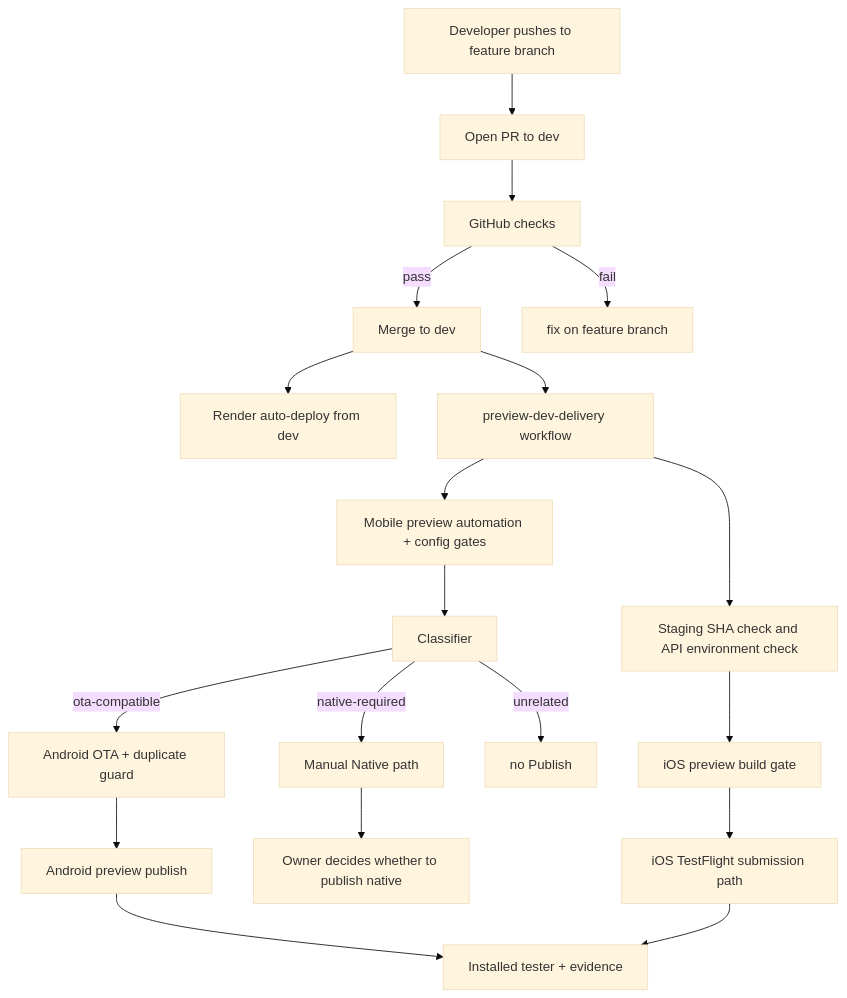
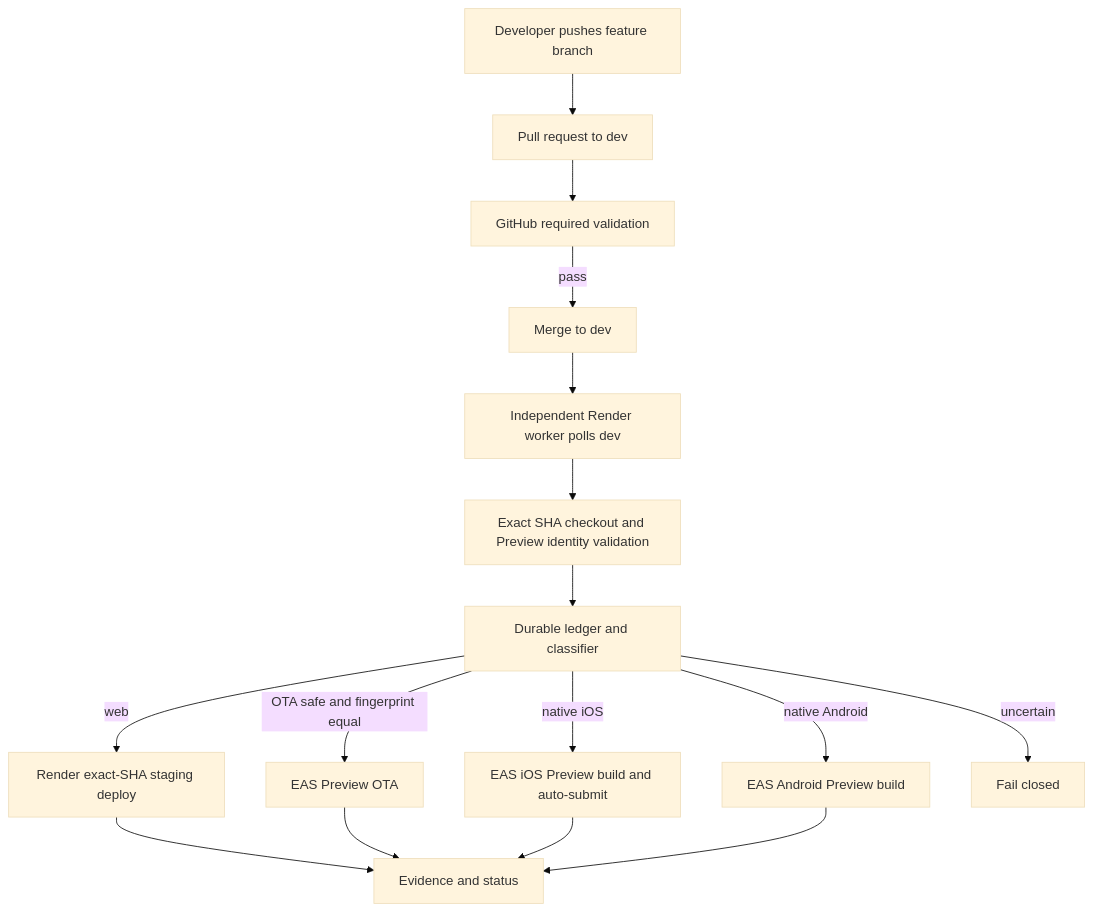
One commit to Zentric-Analytics/Kurioticket.com changed the diagram in docs/architecture/diagrams/dev-delivery-flow.mmd. Above: the diagram before and after it, drawn with Mermaid (base theme). The commit also changed 31 other files, not shown here.

Commit message:
feat(preview): replace Actions delivery with release service

```diff
--- a/docs/architecture/diagrams/dev-delivery-flow.mmd
+++ b/docs/architecture/diagrams/dev-delivery-flow.mmd
@@ -1,19 +1,16 @@
 flowchart TD
-  A[Developer pushes to feature branch] --> B[Open PR to dev]
-  B --> C[GitHub checks]
+  A[Developer pushes feature branch] --> B[Pull request to dev]
+  B --> C[GitHub required validation]
   C -->|pass| D[Merge to dev]
-  C -->|fail| E[fix on feature branch]
-  D --> F[Render auto-deploy from dev]
-  D --> G[preview-dev-delivery workflow]
-  G --> H[Mobile preview automation + config gates]
-  G --> I[Staging SHA check and API environment check]
-  H --> J[Classifier]
-  J -->|ota-compatible| K[Android OTA + duplicate guard]
-  J -->|native-required| L[Manual Native path]
-  J -->|unrelated| M[no Publish]
-  I --> N[iOS preview build gate]
-  K --> O[Android preview publish]
-  L --> P[Owner decides whether to publish native]
-  N --> Q[iOS TestFlight submission path]
-  O --> R[Installed tester + evidence]
-  Q --> R
+  D --> E[Independent Render worker polls dev]
+  E --> F[Exact SHA checkout and Preview identity validation]
+  F --> G[Durable ledger and classifier]
+  G -->|web| H[Render exact-SHA staging deploy]
+  G -->|OTA safe and fingerprint equal| I[EAS Preview OTA]
+  G -->|native iOS| J[EAS iOS Preview build and auto-submit]
+  G -->|native Android| K[EAS Android Preview build]
+  G -->|uncertain| L[Fail closed]
+  H --> M[Evidence and status]
+  I --> M
+  J --> M
+  K --> M
```
